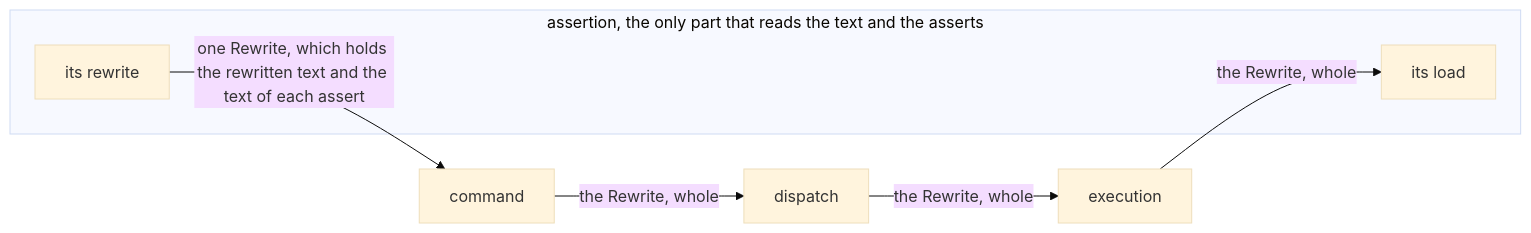
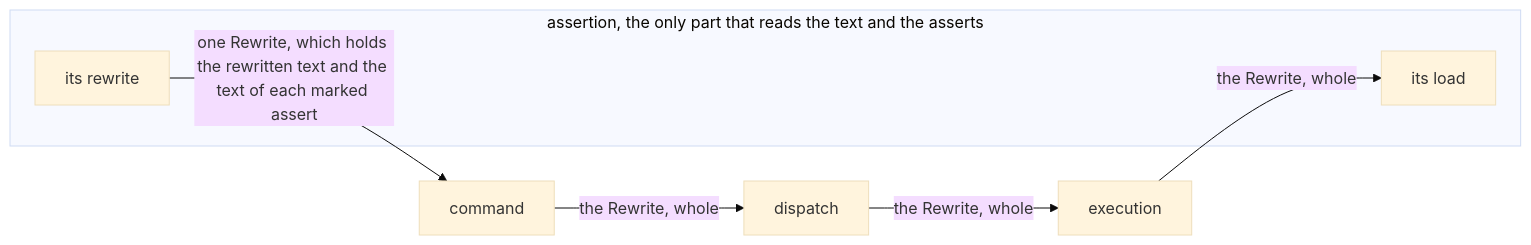
The diagram in docs/decisions/assertions-rewrite-crosses-each-part-whole-and-only-assertion-opens-it.md (kalonji-tools/purba), drawn with Mermaid (base theme) before and after one commit. The commit also changed other lines of this file and 5 other files, not shown here.

````diff
--- a/docs/decisions/assertions-rewrite-crosses-each-part-whole-and-only-assertion-opens-it.md
+++ b/docs/decisions/assertions-rewrite-crosses-each-part-whole-and-only-assertion-opens-it.md
@@ -30,11 +30,11 @@
 ```mermaid
 flowchart LR
   subgraph assertion["assertion, the only part that reads the text and the asserts"]
     rewrite["its rewrite"]
     load["its load"]
   end
-  rewrite -->|"one Rewrite, which holds the rewritten text and the text of each assert"| command
+  rewrite -->|"one Rewrite, which holds the rewritten text and the text of each marked assert"| command
   command -->|"the Rewrite, whole"| dispatch
   dispatch -->|"the Rewrite, whole"| execution
   execution -->|"the Rewrite, whole"| load
 ```
````
